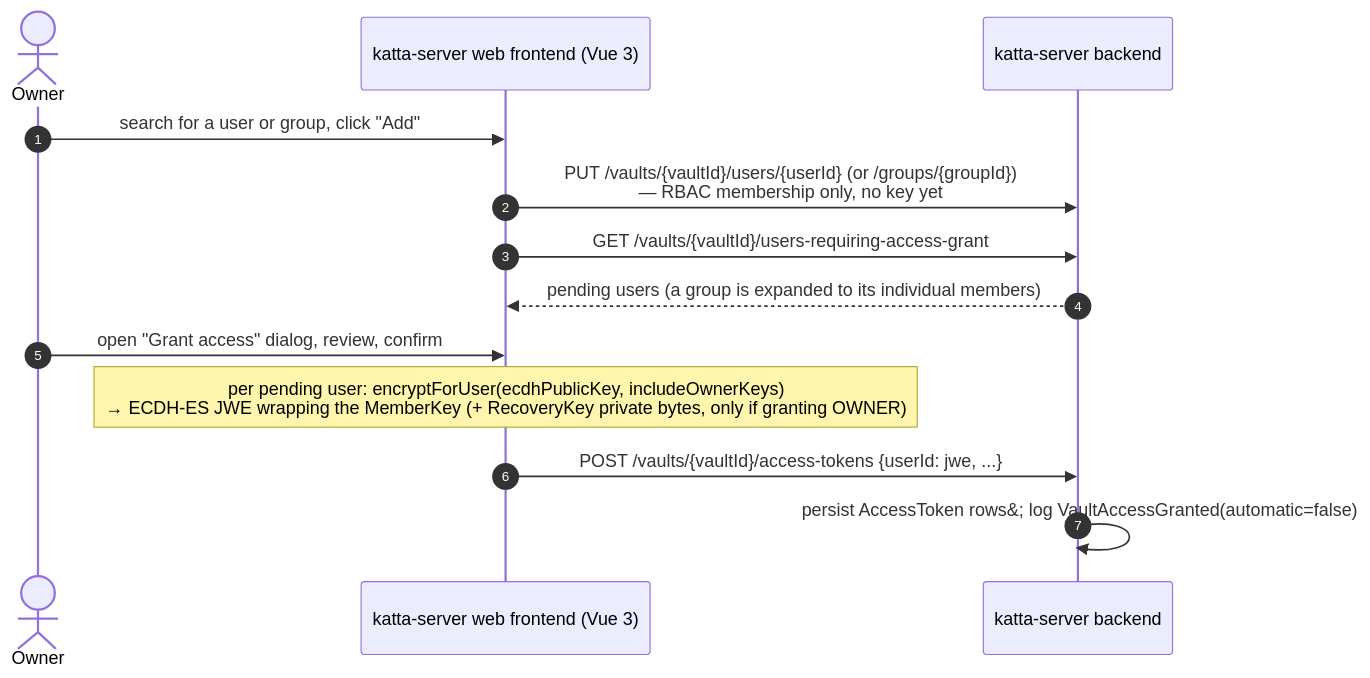
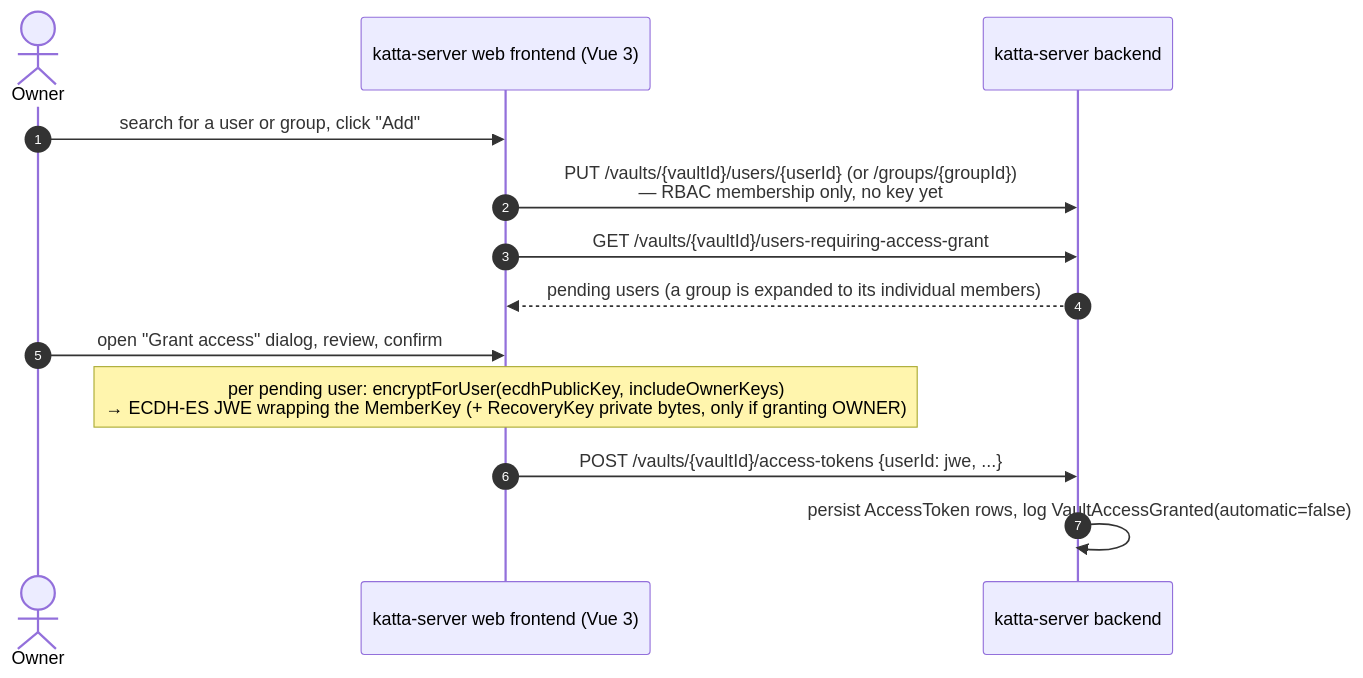
The second of 5 diagrams in docs/access_grant_data_model_interactions.md (shift7-ch/katta-clientlib), drawn with Mermaid before and after one commit. The commit also changed other lines of this file and 2 other files, not shown here.

First line of the commit message:
Replace &#59; semicolon escapes with commas in mermaid diagrams

````diff
--- a/docs/access_grant_data_model_interactions.md
+++ b/docs/access_grant_data_model_interactions.md
@@ -122,15 +122,15 @@
 ```mermaid
 sequenceDiagram
     autonumber
     actor Owner
     participant Web as katta-server web frontend (Vue 3)
     participant HubBackend as katta-server backend
     Owner ->> Web: search for a user or group, click "Add"
     Web ->> HubBackend: PUT /vaults/{vaultId}/users/{userId} (or /groups/{groupId})<br/>— RBAC membership only, no key yet
     Web ->> HubBackend: GET /vaults/{vaultId}/users-requiring-access-grant
     HubBackend -->> Web: pending users (a group is expanded to its individual members)
     Owner ->> Web: open "Grant access" dialog, review, confirm
     Note over Web: per pending user: encryptForUser(ecdhPublicKey, includeOwnerKeys)<br/>→ ECDH-ES JWE wrapping the MemberKey (+ RecoveryKey private bytes, only if granting OWNER)
     Web ->> HubBackend: POST /vaults/{vaultId}/access-tokens {userId: jwe, ...}
-    HubBackend ->> HubBackend: persist AccessToken rows&#59; log VaultAccessGranted(automatic=false)
+    HubBackend ->> HubBackend: persist AccessToken rows, log VaultAccessGranted(automatic=false)
 ```
````
